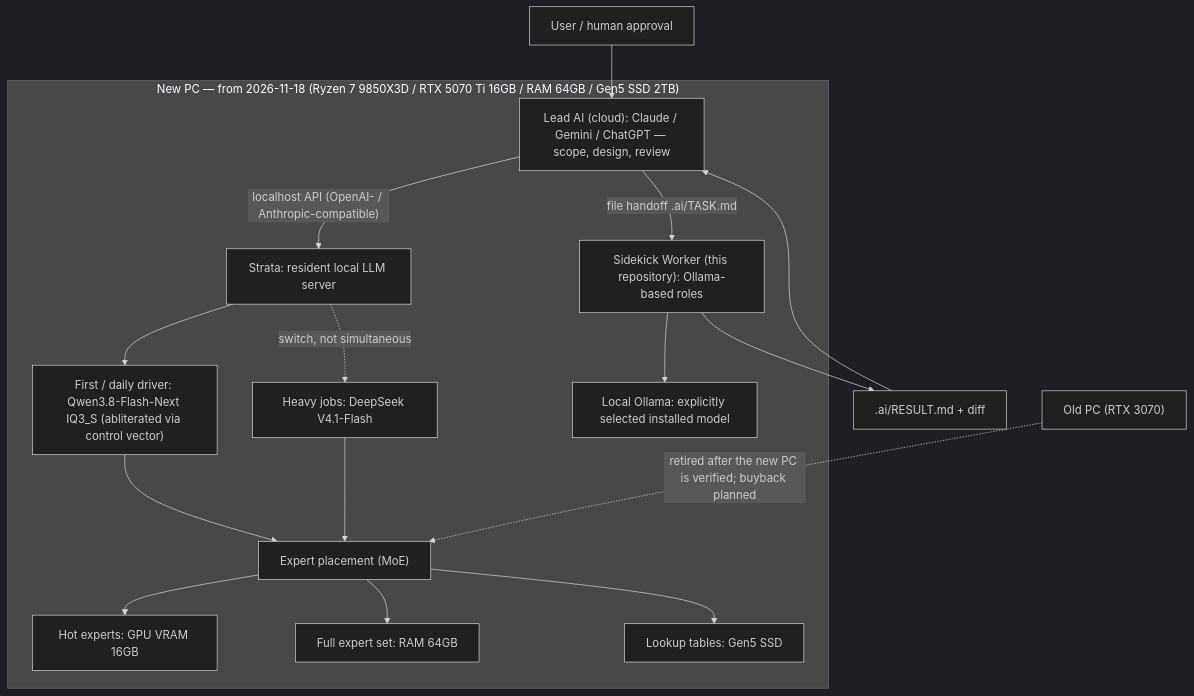
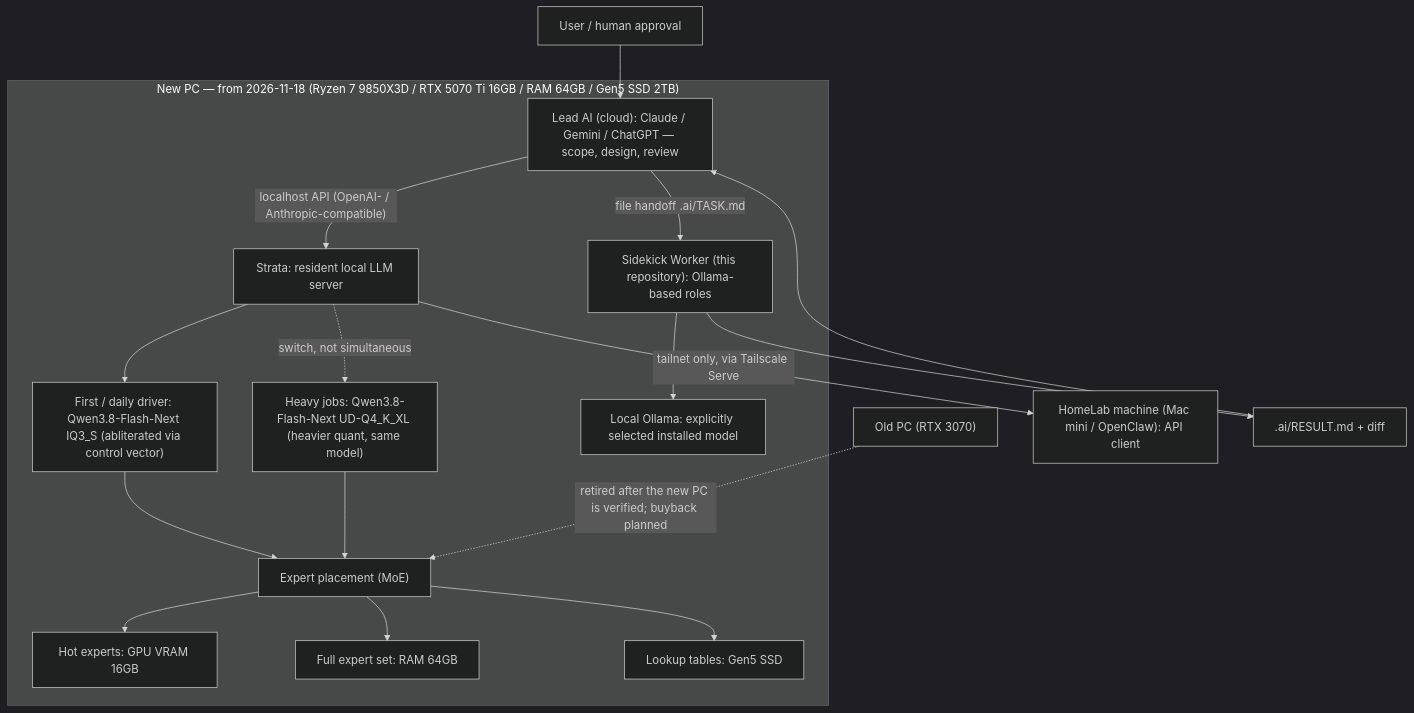
The diagram in docs/architecture-2026-11-18.md (moruku36/local-ai-sidekick), drawn with Mermaid (dark theme) before and after one commit. The commit also changed other lines of this file, not shown here.

Commit message:
docs: record measured results (2026-11-19) — IQ3_S/Q4 bench, DeepSeek on hold, tailnet API

````diff
--- a/docs/architecture-2026-11-18.md
+++ b/docs/architecture-2026-11-18.md
@@ -39,19 +39,20 @@
 ```mermaid
 flowchart TD
     U["User / human approval"] --> L["Lead AI (cloud): Claude / Gemini / ChatGPT — scope, design, review"]
     subgraph PC["New PC — from 2026-11-18 (Ryzen 7 9850X3D / RTX 5070 Ti 16GB / RAM 64GB / Gen5 SSD 2TB)"]
         L -->|"localhost API (OpenAI- / Anthropic-compatible)"| S["Strata: resident local LLM server"]
         S --> A["First / daily driver: Qwen3.8-Flash-Next IQ3_S (abliterated via control vector)"]
-        S -. "switch, not simultaneous" .-> B["Heavy jobs: DeepSeek V4.1-Flash"]
+        S -. "switch, not simultaneous" .-> B["Heavy jobs: Qwen3.8-Flash-Next UD-Q4_K_XL (heavier quant, same model)"]
         A --> X["Expert placement (MoE)"]
         B --> X
         X --> G["Hot experts: GPU VRAM 16GB"]
         X --> M["Full expert set: RAM 64GB"]
         X --> D["Lookup tables: Gen5 SSD"]
         L -->|"file handoff .ai/TASK.md"| W["Sidekick Worker (this repository): Ollama-based roles"]
         W --> O["Local Ollama: explicitly selected installed model"]
     end
     W --> R[".ai/RESULT.md + diff"]
     R --> L
     Old["Old PC (RTX 3070)"] -. "retired after the new PC is verified; buyback planned" .-> X
+    S -->|"tailnet only, via Tailscale Serve"| K["HomeLab machine (Mac mini / OpenClaw): API client"]
 ```
````
